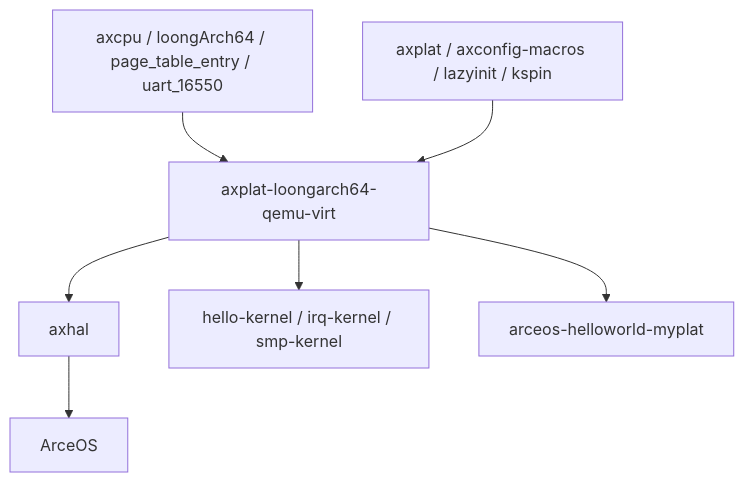
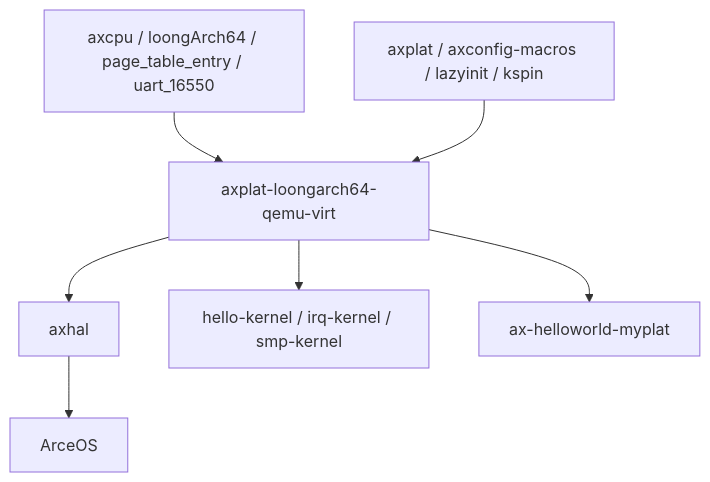
Before and after one commit to zKurisu/tgoskits: the second of 2 diagrams in docs/crates/axplat-loongarch64-qemu-virt.md, drawn with Mermaid. The commit also changed other lines of this file and 45 other files, not shown here.

````diff
--- a/docs/crates/axplat-loongarch64-qemu-virt.md
+++ b/docs/crates/axplat-loongarch64-qemu-virt.md
@@ -189,9 +189,9 @@
 ```mermaid
 graph TD
     A[axcpu / loongArch64 / page_table_entry / uart_16550] --> B[axplat-loongarch64-qemu-virt]
     C[axplat / axconfig-macros / lazyinit / kspin] --> B
     B --> D[axhal]
     B --> E[hello-kernel / irq-kernel / smp-kernel]
-    B --> F[arceos-helloworld-myplat]
+    B --> F[ax-helloworld-myplat]
     D --> G[ArceOS]
 ```
````
